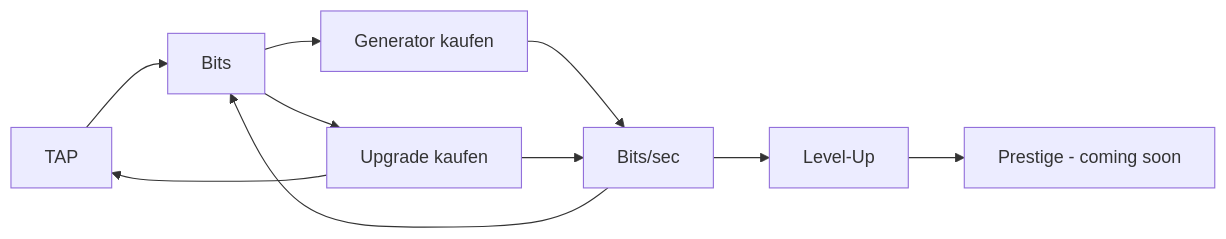
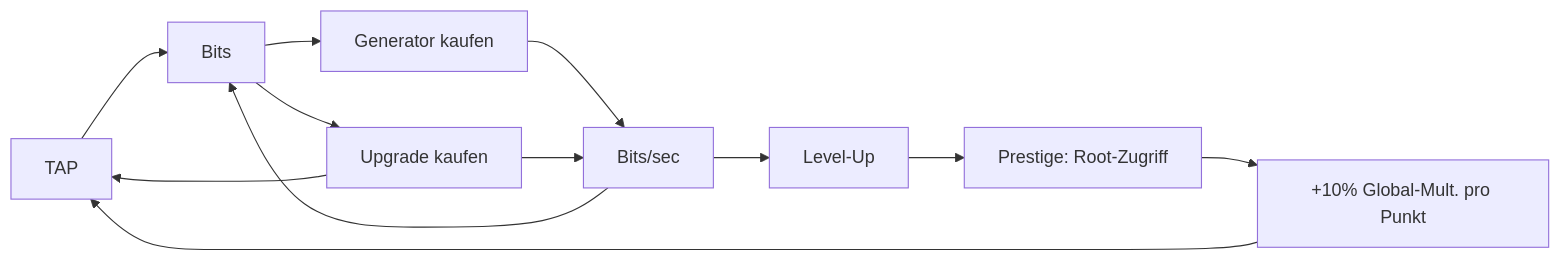
The diagram in README.md (Dabros-AI-Coder/Idle-Hacker-Tycoon), drawn with Mermaid before and after one commit. The commit also changed other lines of this file, not shown here.

Commit message:
docs(readme): v0.3.1 Stand - Prestige, PWA, Update-Mechanik

````diff
--- a/README.md
+++ b/README.md
@@ -127,12 +145,14 @@
 ```mermaid
 graph LR
     A[TAP] --> B[Bits]
     B --> C[Generator kaufen]
     C --> D[Bits/sec]
     D --> B
     B --> E[Upgrade kaufen]
     E --> A
     E --> D
     D --> F[Level-Up]
-    F --> G[Prestige - coming soon]
+    F --> G[Prestige: Root-Zugriff]
+    G --> H[+10% Global-Mult. pro Punkt]
+    H --> A
 ```
````
